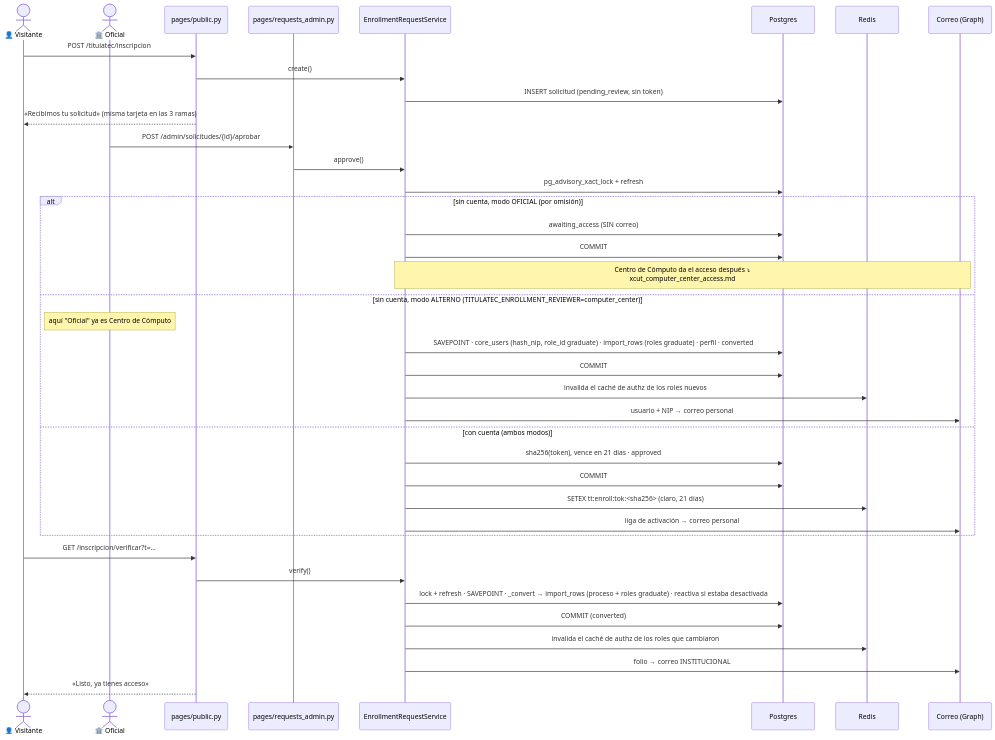
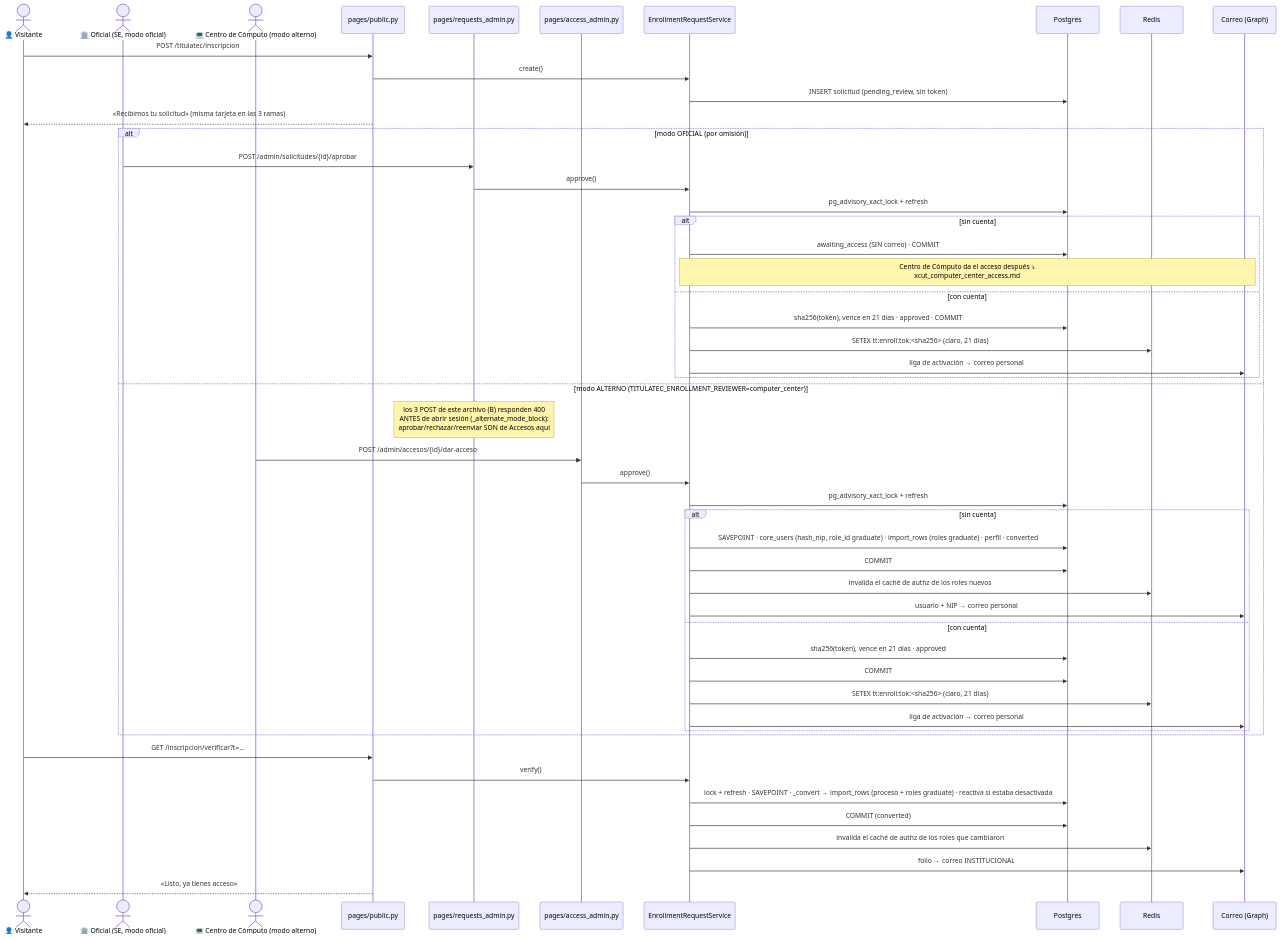
The second of 2 diagrams in itcj2/apps/titulatec/docs/flows/xcut_public_enrollment.md (Erne1357/itcj), drawn with Mermaid before and after one commit. The commit also changed other lines of this file and 1 other file, not shown here.

````diff
--- a/itcj2/apps/titulatec/docs/flows/xcut_public_enrollment.md
+++ b/itcj2/apps/titulatec/docs/flows/xcut_public_enrollment.md
@@ -164,41 +164,53 @@
 ```mermaid
 sequenceDiagram
     actor V as 👤 Visitante
-    actor O as 🏛️ Oficial
+    actor O as 🏛️ Oficial (SE, modo oficial)
+    actor CC as 💻 Centro de Cómputo (modo alterno)
     participant P as pages/public.py
     participant B as pages/requests_admin.py
+    participant Acc as pages/access_admin.py
     participant S as EnrollmentRequestService
     participant DB as Postgres
     participant R as Redis
     participant M as Correo (Graph)
     V->>P: POST /titulatec/inscripcion
     P->>S: create()
     S->>DB: INSERT solicitud (pending_review, sin token)
     P-->>V: «Recibimos tu solicitud» (misma tarjeta en las 3 ramas)
-    O->>B: POST /admin/solicitudes/{id}/aprobar
-    B->>S: approve()
-    S->>DB: pg_advisory_xact_lock + refresh
-    alt sin cuenta, modo OFICIAL (por omisión)
-        S->>DB: awaiting_access (SIN correo)
-        S->>DB: COMMIT
-        Note over S,M: Centro de Cómputo da el acceso después ⤵<br/>xcut_computer_center_access.md
-    else sin cuenta, modo ALTERNO (TITULATEC_ENROLLMENT_REVIEWER=computer_center)
-        Note over O: aquí "Oficial" ya es Centro de Cómputo
-        S->>DB: SAVEPOINT · core_users (hash_nip, role_id graduate) · import_rows (roles graduate) · perfil · converted
-        S->>DB: COMMIT
-        S->>R: invalida el caché de authz de los roles nuevos
-        S->>M: usuario + NIP → correo personal
-    else con cuenta (ambos modos)
-        S->>DB: sha256(token), vence en 21 días · approved
-        S->>DB: COMMIT
-        S->>R: SETEX tt:enroll:tok:<sha256> (claro, 21 días)
-        S->>M: liga de activación → correo personal
+    alt modo OFICIAL (por omisión)
+        O->>B: POST /admin/solicitudes/{id}/aprobar
+        B->>S: approve()
+        S->>DB: pg_advisory_xact_lock + refresh
+        alt sin cuenta
+            S->>DB: awaiting_access (SIN correo) · COMMIT
+            Note over S,M: Centro de Cómputo da el acceso después ⤵<br/>xcut_computer_center_access.md
+        else con cuenta
+            S->>DB: sha256(token), vence en 21 días · approved · COMMIT
+            S->>R: SETEX tt:enroll:tok:<sha256> (claro, 21 días)
+            S->>M: liga de activación → correo personal
+        end
+    else modo ALTERNO (TITULATEC_ENROLLMENT_REVIEWER=computer_center)
+        Note over B: los 3 POST de este archivo (B) responden 400<br/>ANTES de abrir sesión (_alternate_mode_block):<br/>aprobar/rechazar/reenviar SON de Accesos aquí
+        CC->>Acc: POST /admin/accesos/{id}/dar-acceso
+        Acc->>S: approve()
+        S->>DB: pg_advisory_xact_lock + refresh
+        alt sin cuenta
+            S->>DB: SAVEPOINT · core_users (hash_nip, role_id graduate) · import_rows (roles graduate) · perfil · converted
+            S->>DB: COMMIT
+            S->>R: invalida el caché de authz de los roles nuevos
+            S->>M: usuario + NIP → correo personal
+        else con cuenta
+            S->>DB: sha256(token), vence en 21 días · approved
+            S->>DB: COMMIT
+            S->>R: SETEX tt:enroll:tok:<sha256> (claro, 21 días)
+            S->>M: liga de activación → correo personal
+        end
     end
     V->>P: GET /inscripcion/verificar?t=…
     P->>S: verify()
     S->>DB: lock + refresh · SAVEPOINT · _convert → import_rows (proceso + roles graduate) · reactiva si estaba desactivada
     S->>DB: COMMIT (converted)
     S->>R: invalida el caché de authz de los roles que cambiaron
     S->>M: folio → correo INSTITUCIONAL
     P-->>V: «Listo, ya tienes acceso»
 ```
````
